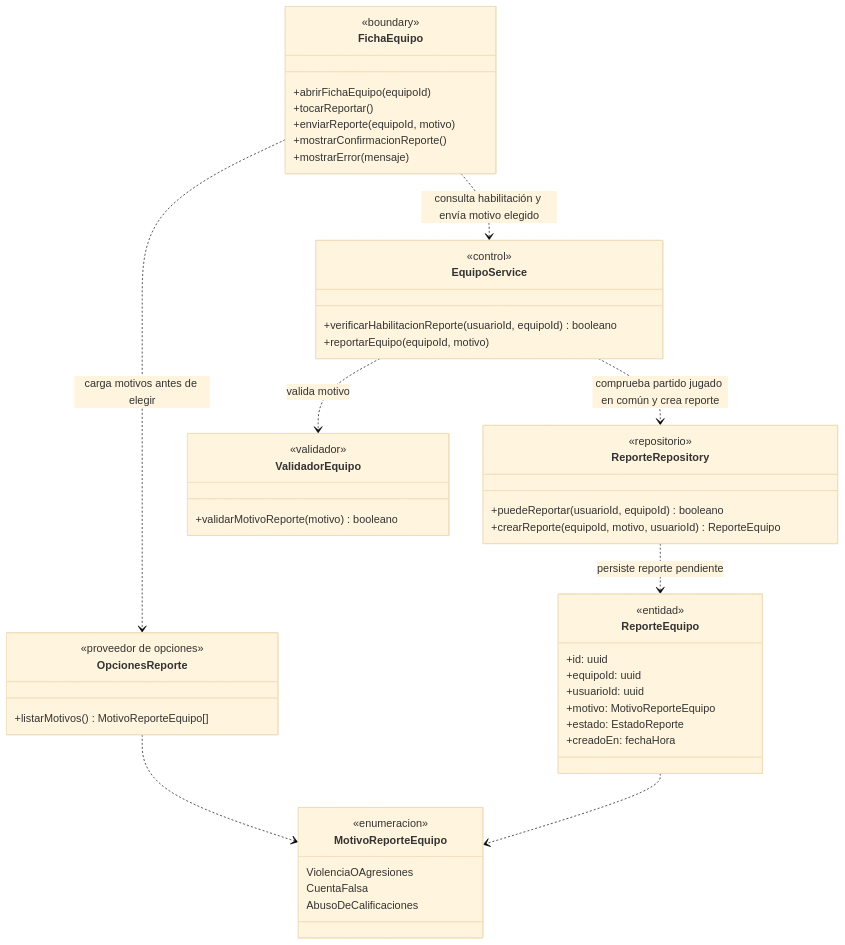
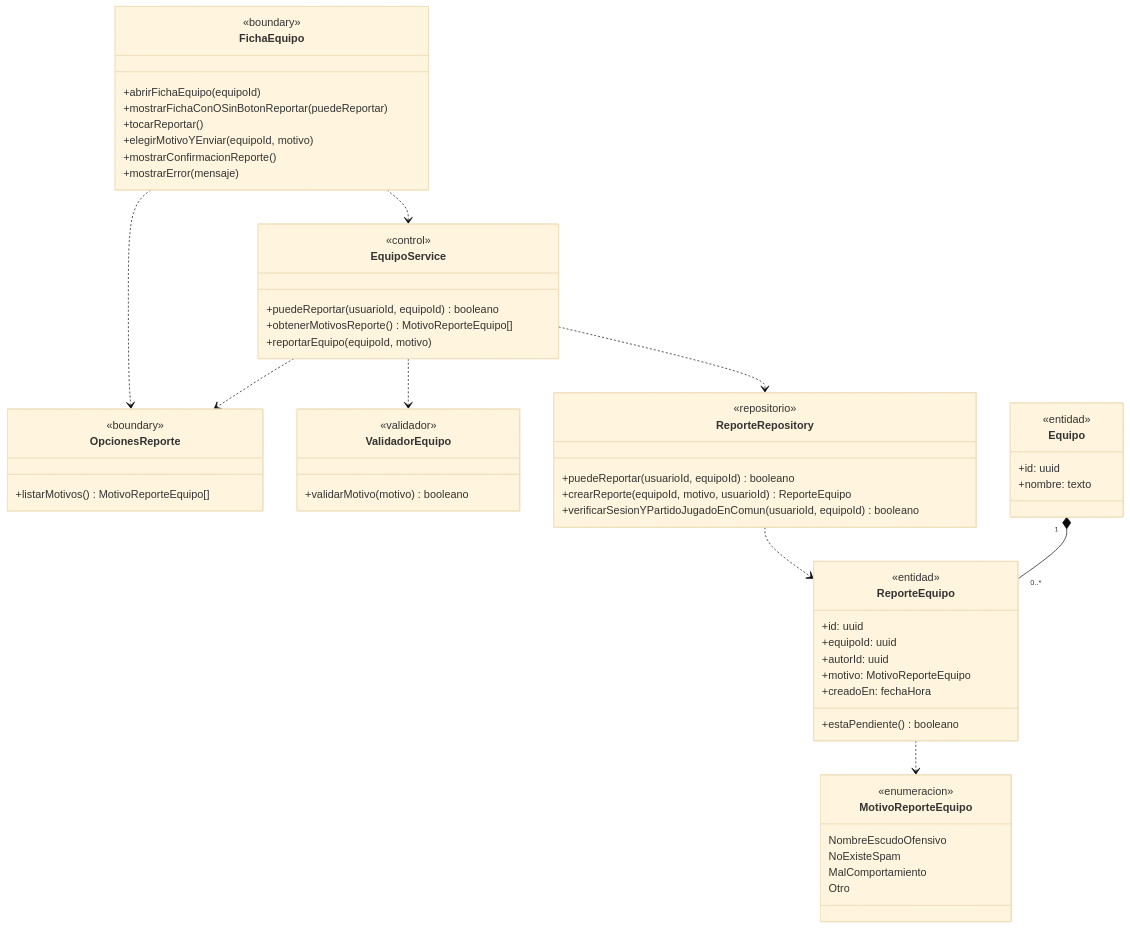
One commit to nicqletal/torneos-scraper changed diagram 11 of 11 in docs/diagramas-de-clase/equipos.md. Above: the diagram before and after it, drawn with Mermaid (base theme). The commit also changed other lines of this file and 13 other files, not shown here.

````diff
--- a/docs/diagramas-de-clase/equipos.md
+++ b/docs/diagramas-de-clase/equipos.md
@@ -670,52 +752,61 @@
 ```mermaid
 classDiagram
-direction TB
 class FichaEquipo {
   <<boundary>>
   +abrirFichaEquipo(equipoId)
+  +mostrarFichaConOSinBotonReportar(puedeReportar)
   +tocarReportar()
-  +enviarReporte(equipoId, motivo)
+  +elegirMotivoYEnviar(equipoId, motivo)
   +mostrarConfirmacionReporte()
   +mostrarError(mensaje)
 }
 class OpcionesReporte {
-  <<proveedor de opciones>>
+  <<boundary>>
   +listarMotivos() MotivoReporteEquipo[]
 }
 class EquipoService {
   <<control>>
-  +verificarHabilitacionReporte(usuarioId, equipoId) booleano
+  +puedeReportar(usuarioId, equipoId) booleano
+  +obtenerMotivosReporte() MotivoReporteEquipo[]
   +reportarEquipo(equipoId, motivo)
 }
 class ValidadorEquipo {
   <<validador>>
-  +validarMotivoReporte(motivo) booleano
+  +validarMotivo(motivo) booleano
 }
 class ReporteRepository {
   <<repositorio>>
   +puedeReportar(usuarioId, equipoId) booleano
   +crearReporte(equipoId, motivo, usuarioId) ReporteEquipo
+  +verificarSesionYPartidoJugadoEnComun(usuarioId, equipoId) booleano
 }
 class ReporteEquipo {
   <<entidad>>
   +id: uuid
   +equipoId: uuid
-  +usuarioId: uuid
+  +autorId: uuid
   +motivo: MotivoReporteEquipo
-  +estado: EstadoReporte
   +creadoEn: fechaHora
+  +estaPendiente() booleano
+}
+class Equipo {
+  <<entidad>>
+  +id: uuid
+  +nombre: texto
 }
 class MotivoReporteEquipo {
   <<enumeracion>>
-  ViolenciaOAgresiones
-  CuentaFalsa
-  AbusoDeCalificaciones
+  NombreEscudoOfensivo
+  NoExisteSpam
+  MalComportamiento
+  Otro
 }
-FichaEquipo ..> OpcionesReporte : carga motivos antes de elegir
-FichaEquipo ..> EquipoService : consulta habilitación y envía motivo elegido
-EquipoService ..> ValidadorEquipo : valida motivo
-EquipoService ..> ReporteRepository : comprueba partido jugado en común y crea reporte
-ReporteRepository ..> ReporteEquipo : persiste reporte pendiente
-OpcionesReporte ..> MotivoReporteEquipo
+FichaEquipo ..> OpcionesReporte
+FichaEquipo ..> EquipoService
+EquipoService ..> OpcionesReporte
+EquipoService ..> ValidadorEquipo
+EquipoService ..> ReporteRepository
+ReporteRepository ..> ReporteEquipo
+Equipo "1" *-- "0..*" ReporteEquipo
 ReporteEquipo ..> MotivoReporteEquipo
 ```
````
